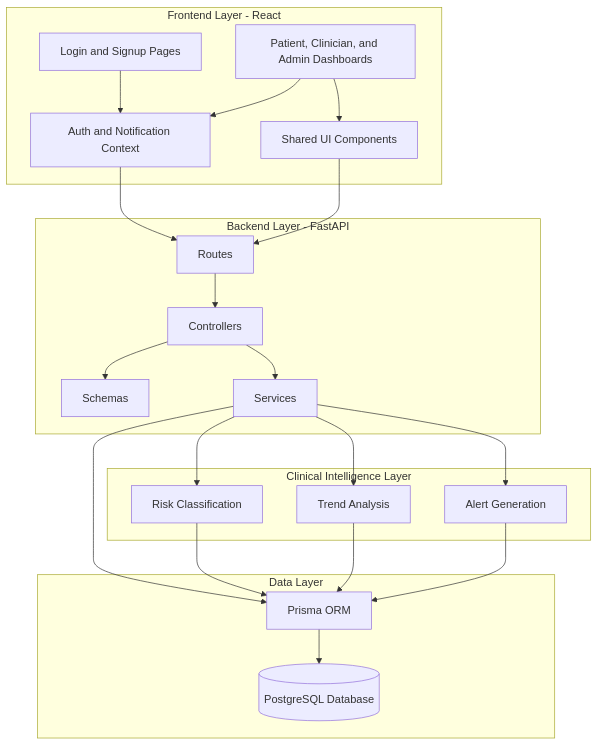
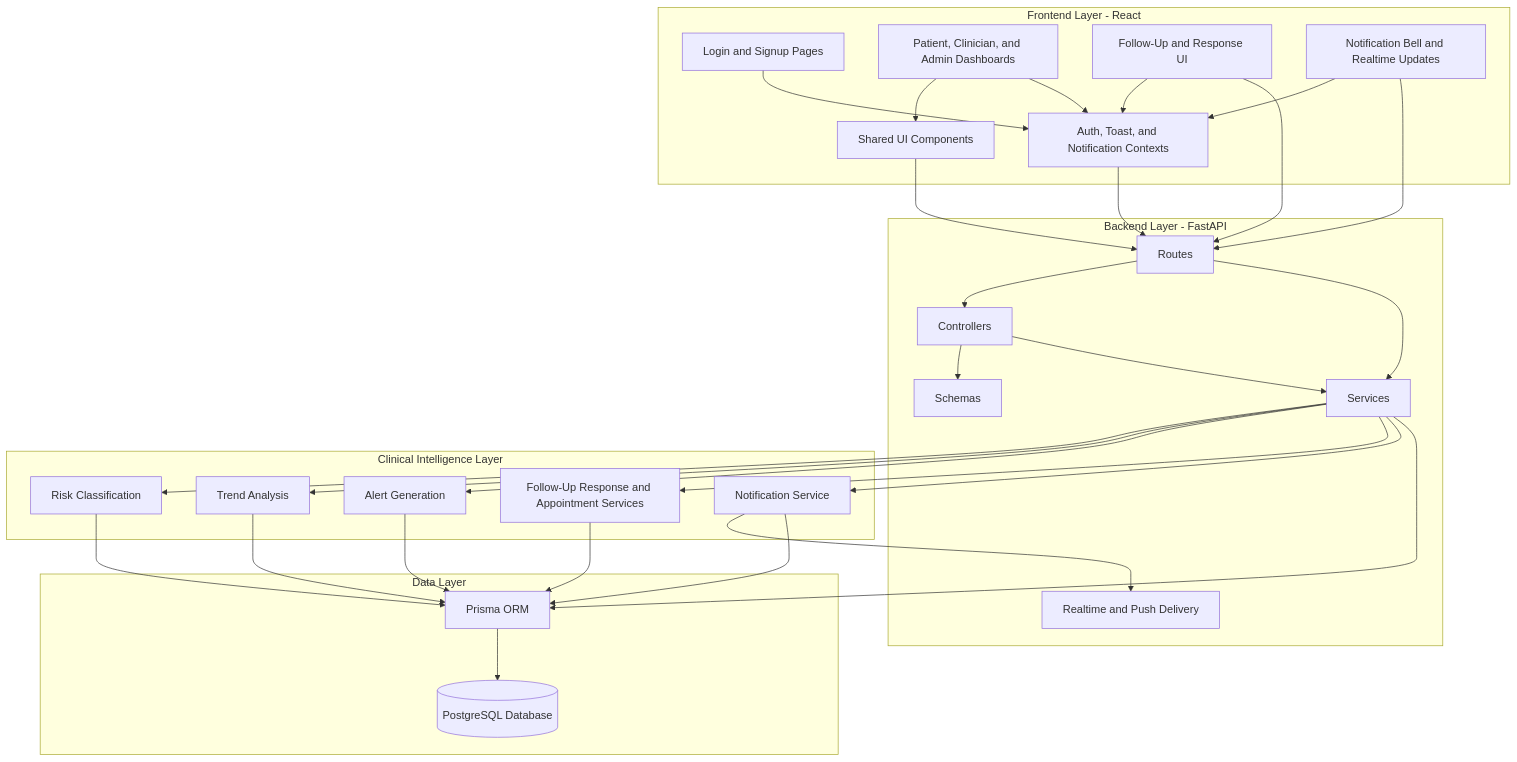
One commit to Mkayzw/backend changed the diagram in 4.4.2_architectural_design.md. Above: the diagram before and after it, drawn with Mermaid. The commit also changed 53 other files, not shown here.

````diff
--- a/4.4.2_architectural_design.md
+++ b/4.4.2_architectural_design.md
@@ -5,47 +5,63 @@
 ```mermaid
 flowchart TB
     subgraph ClientLayer["Frontend Layer - React"]
         Login[Login and Signup Pages]
         Dashboards[Patient, Clinician, and Admin Dashboards]
+        FollowUpUI[Follow-Up and Response UI]
+        NotificationUI[Notification Bell and Realtime Updates]
         UIComponents[Shared UI Components]
-        AuthContext[Auth and Notification Context]
+        Contexts[Auth, Toast, and Notification Contexts]
     end
 
     subgraph APILayer["Backend Layer - FastAPI"]
         Routes[Routes]
         Controllers[Controllers]
         Schemas[Schemas]
         Services[Services]
+        Realtime[Realtime and Push Delivery]
     end
 
     subgraph IntelligenceLayer["Clinical Intelligence Layer"]
         RiskService[Risk Classification]
         TrendService[Trend Analysis]
         AlertService[Alert Generation]
+        FollowUpService[Follow-Up Response and Appointment Services]
+        NotificationService[Notification Service]
     end
 
     subgraph DataLayer["Data Layer"]
         Prisma[Prisma ORM]
         Database[(PostgreSQL Database)]
     end
 
-    Login --> AuthContext
+    Login --> Contexts
     Dashboards --> UIComponents
-    Dashboards --> AuthContext
+    Dashboards --> Contexts
+    FollowUpUI --> Contexts
+    NotificationUI --> Contexts
 
-    AuthContext --> Routes
+    Contexts --> Routes
     UIComponents --> Routes
+    FollowUpUI --> Routes
+    NotificationUI --> Routes
+
     Routes --> Controllers
+    Routes --> Services
     Controllers --> Schemas
     Controllers --> Services
 
     Services --> RiskService
     Services --> TrendService
     Services --> AlertService
+    Services --> FollowUpService
+    Services --> NotificationService
+    NotificationService --> Realtime
 
     Services --> Prisma
     RiskService --> Prisma
     TrendService --> Prisma
     AlertService --> Prisma
+    FollowUpService --> Prisma
+    NotificationService --> Prisma
     Prisma --> Database
 ```
````
